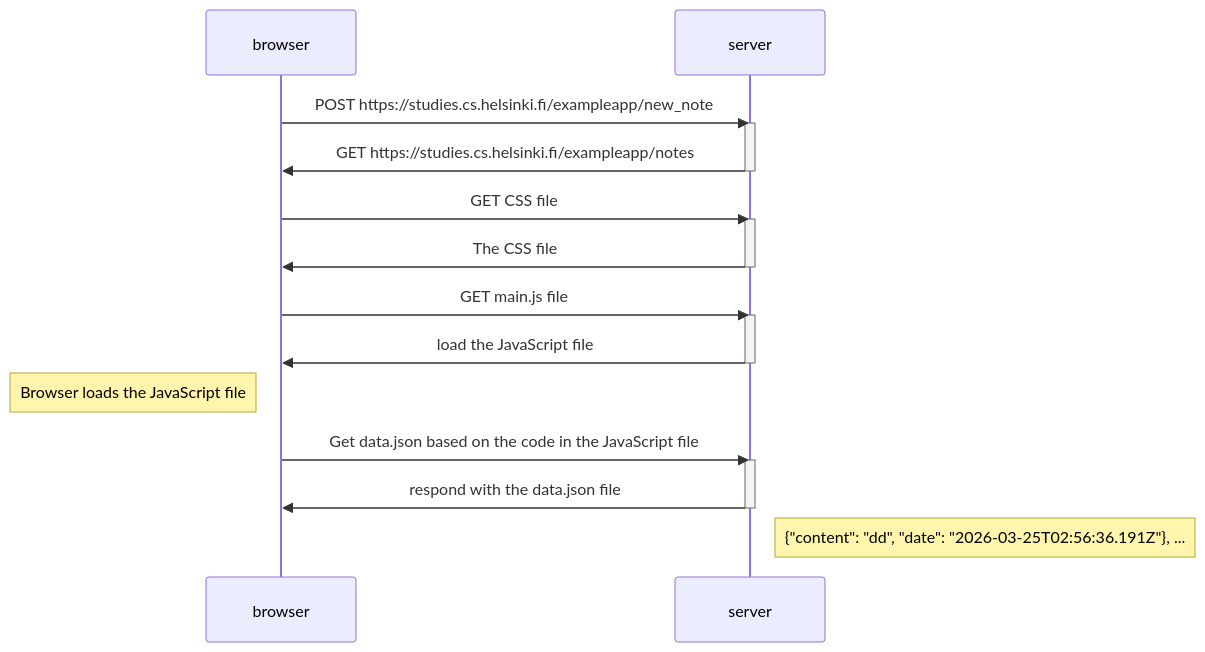
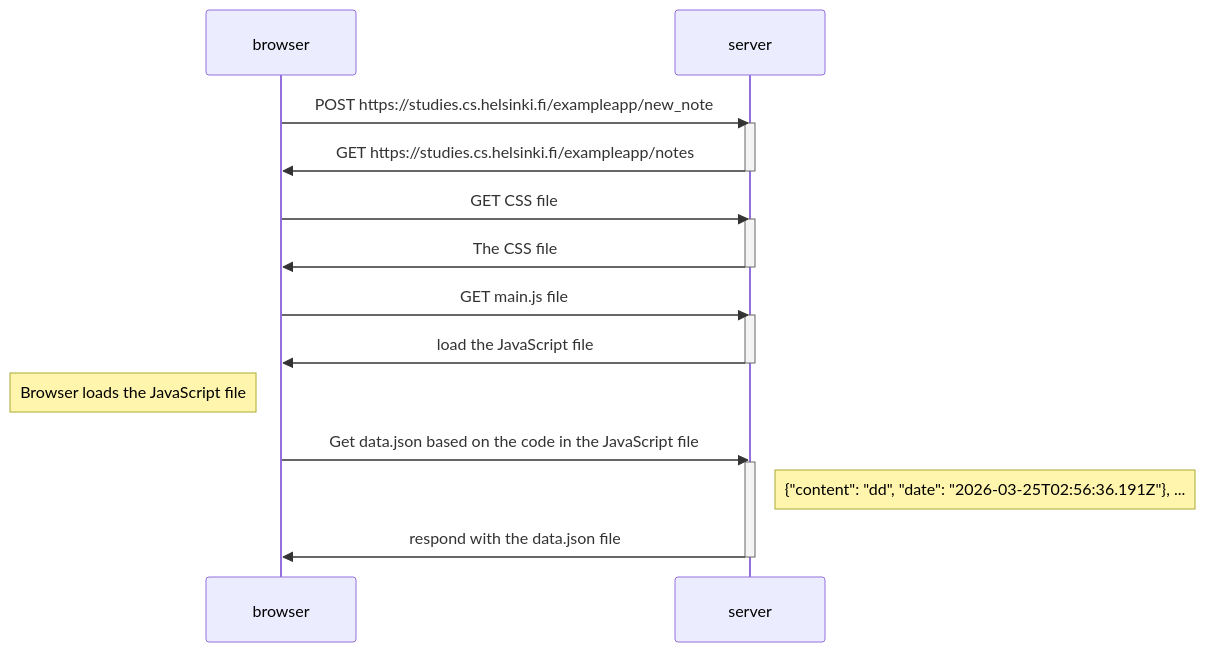
The diagram in 0.4: New note diagram.MD (monaanvari/FullStackOpen), drawn with Mermaid before and after one commit.

Commit message:
Fix duplicate note in diagram
Removed duplicate note from server response section.

````diff
--- a/0.4: New note diagram.MD
+++ b/0.4: New note diagram.MD
@@ -1,30 +1,29 @@
 ```mermaid
 sequenceDiagram
 participant browser
 participant server
 
 browser ->> server : POST https://studies.cs.helsinki.fi/exampleapp/new_note
 activate server
 server ->> browser : GET https://studies.cs.helsinki.fi/exampleapp/notes
 deactivate server
 
 browser ->> server: GET CSS file 
 activate server
 server ->> browser: The CSS file 
 deactivate server
 
 browser ->> server: GET main.js file 
 activate server
 server ->> browser: load the JavaScript file 
 deactivate server
 
 Note left of browser: Browser loads the JavaScript file 
 
 browser ->> server: Get data.json based on the code in the JavaScript file 
 activate server
+Note right of server: {"content": "dd", "date": "2026-03-25T02:56:36.191Z"}, ... 
 server ->> browser: respond with the data.json file
 deactivate server
 
-Note right of server: {"content": "dd", "date": "2026-03-25T02:56:36.191Z"}, ... 
-
 ```
````
